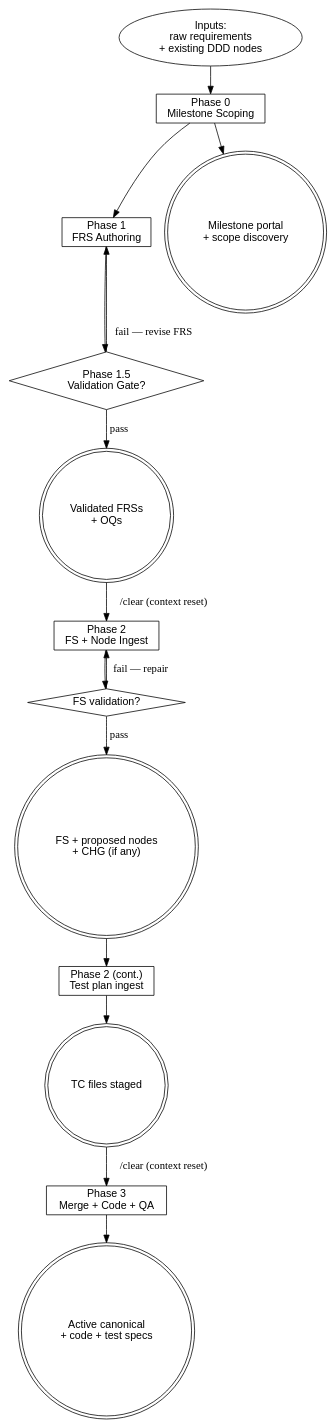
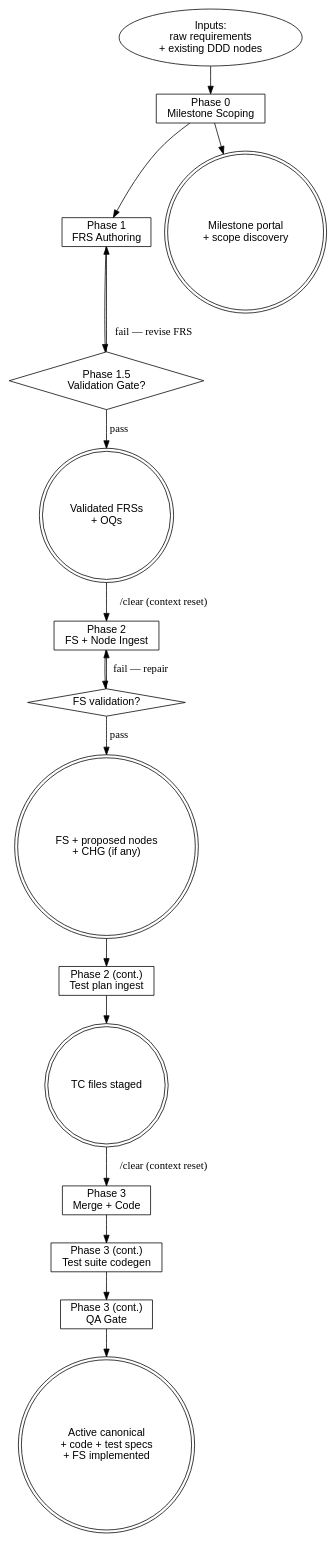
One commit to thapaliyabikendra/agentic-dev-workspace changed the diagram in sdlc/WORKFLOW.md. Above: the diagram before and after it, drawn with Graphviz. The commit also changed other lines of this file and 46 other files, not shown here.

First line of the commit message:
decompose sdlc flow files and add milestone lifecycle operations

````diff
--- a/sdlc/WORKFLOW.md
+++ b/sdlc/WORKFLOW.md
@@ -44,36 +95,40 @@
 ```dot
 digraph workflow_phases {
     rankdir=TB;
     node [fontname="Helvetica"];
 
     inputs    [shape=oval,  label="Inputs:\nraw requirements\n+ existing DDD nodes"];
     phase0    [shape=box,   label="Phase 0\nMilestone Scoping"];
     phase1    [shape=box,   label="Phase 1\nFRS Authoring"];
     gate15    [shape=diamond, label="Phase 1.5\nValidation Gate?"];
     phase2    [shape=box,   label="Phase 2\nFS + Node Ingest"];
     fsval     [shape=diamond, label="FS validation?"];
     phase2tp  [shape=box,   label="Phase 2 (cont.)\nTest plan ingest"];
-    phase3    [shape=box,   label="Phase 3\nMerge + Code + QA"];
+    phase3a   [shape=box,   label="Phase 3\nMerge + Code"];
+    phase3b   [shape=box,   label="Phase 3 (cont.)\nTest suite codegen"];
+    phase3c   [shape=box,   label="Phase 3 (cont.)\nQA Gate"];
 
     out_ms    [shape=doublecircle, label="Milestone portal\n+ scope discovery"];
     out_frs   [shape=doublecircle, label="Validated FRSs\n+ OQs"];
     out_fs    [shape=doublecircle, label="FS + proposed nodes\n+ CHG (if any)"];
     out_tc    [shape=doublecircle, label="TC files staged"];
-    out_impl  [shape=doublecircle, label="Active canonical\n+ code + test specs"];
+    out_impl  [shape=doublecircle, label="Active canonical\n+ code + test specs\n+ FS implemented"];
 
     inputs -> phase0;
     phase0 -> out_ms;
     phase0 -> phase1;
     phase1 -> gate15;
     gate15 -> phase1   [label="fail — revise FRS"];
     gate15 -> out_frs  [label="pass"];
     out_frs -> phase2  [label="/clear (context reset)"];
     phase2 -> fsval;
     fsval -> phase2    [label="fail — repair"];
     fsval -> out_fs    [label="pass"];
     out_fs -> phase2tp;
     phase2tp -> out_tc;
-    out_tc -> phase3   [label="/clear (context reset)"];
-    phase3 -> out_impl;
+    out_tc -> phase3a  [label="/clear (context reset)"];
+    phase3a -> phase3b;
+    phase3b -> phase3c;
+    phase3c -> out_impl;
 }
 ```
````
